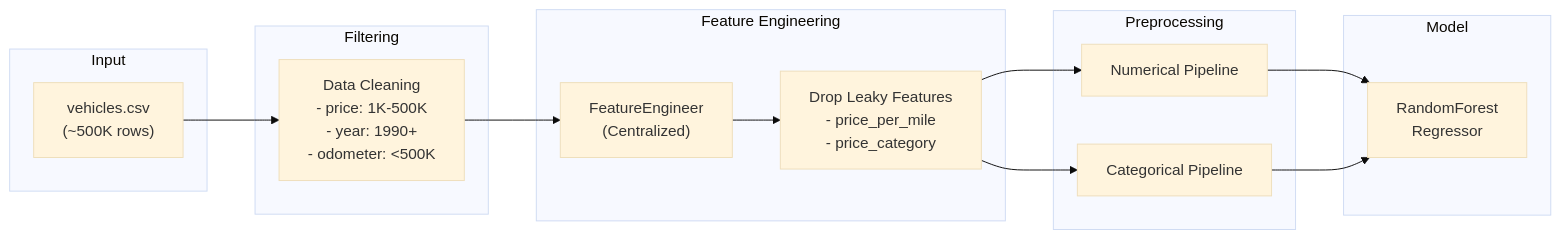
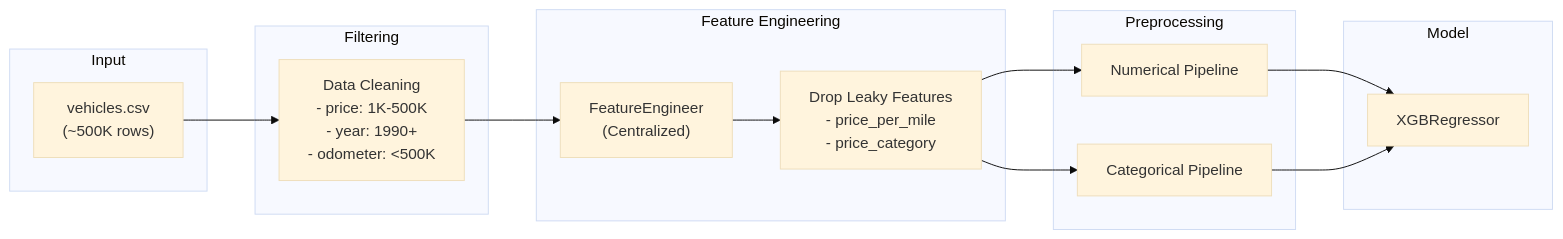
One commit to DuqueOM/ML-MLOps-Portfolio changed the third of 7 diagrams in docs/architecture/data-flow.md. Above: the diagram before and after it, drawn with Mermaid (base theme). The commit also changed other lines of this file and 17 other files, not shown here.

````diff
--- a/docs/architecture/data-flow.md
+++ b/docs/architecture/data-flow.md
@@ -116,32 +116,32 @@
 ```mermaid
 graph LR
     subgraph "Input"
         CSV["vehicles.csv<br/>(~500K rows)"]
     end
     
     subgraph "Filtering"
         FILT["Data Cleaning<br/>- price: 1K-500K<br/>- year: 1990+<br/>- odometer: <500K"]
     end
     
     subgraph "Feature Engineering"
         FE["FeatureEngineer<br/>(Centralized)"]
         DROP["Drop Leaky Features<br/>- price_per_mile<br/>- price_category"]
     end
     
     subgraph "Preprocessing"
         NUM["Numerical Pipeline"]
         CAT["Categorical Pipeline"]
     end
     
     subgraph "Model"
-        RF["RandomForest<br/>Regressor"]
+        XGB["XGBRegressor"]
     end
     
     CSV --> FILT
     FILT --> FE
     FE --> DROP
     DROP --> NUM
     DROP --> CAT
-    NUM --> RF
-    CAT --> RF
+    NUM --> XGB
+    CAT --> XGB
 ```
````
